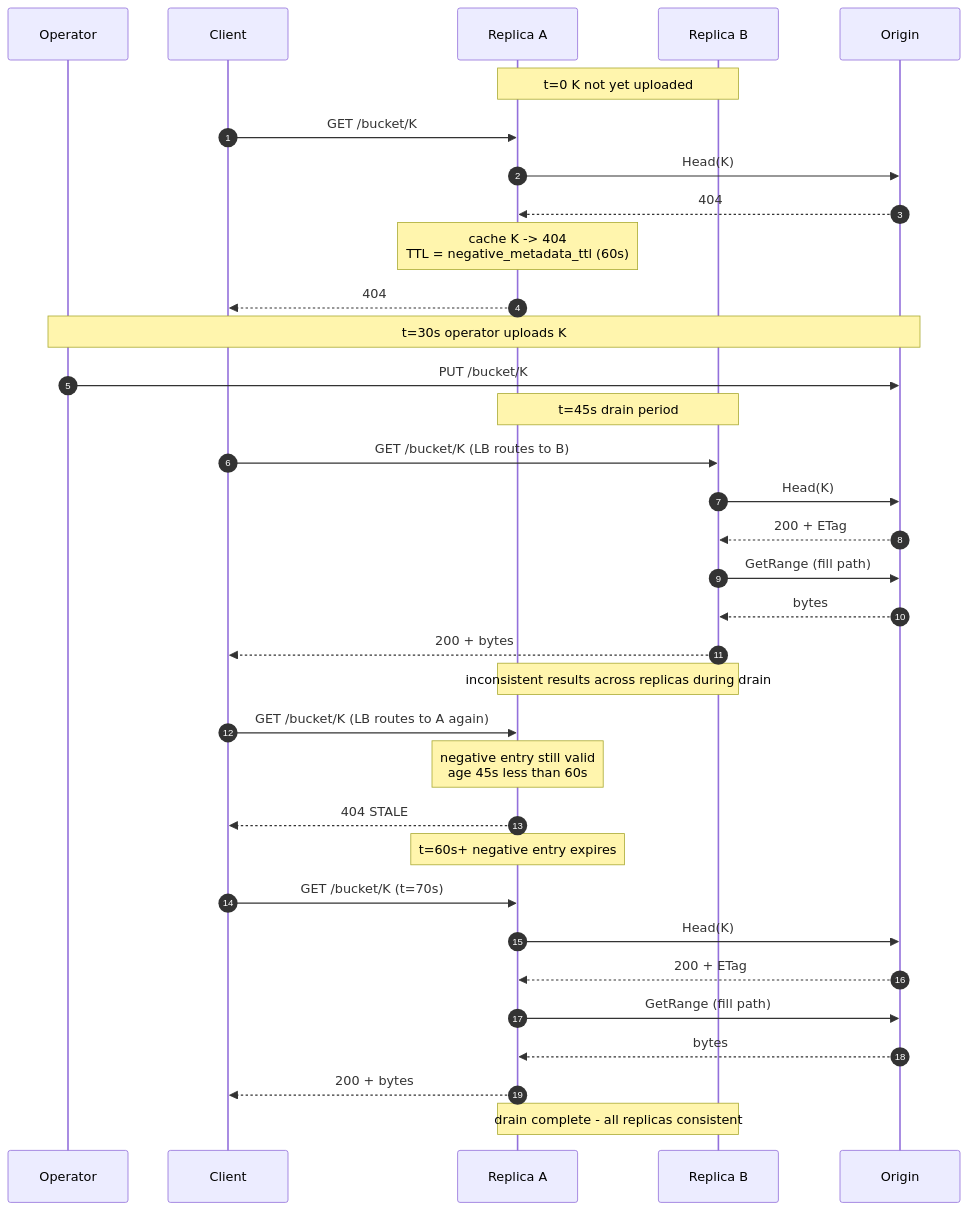
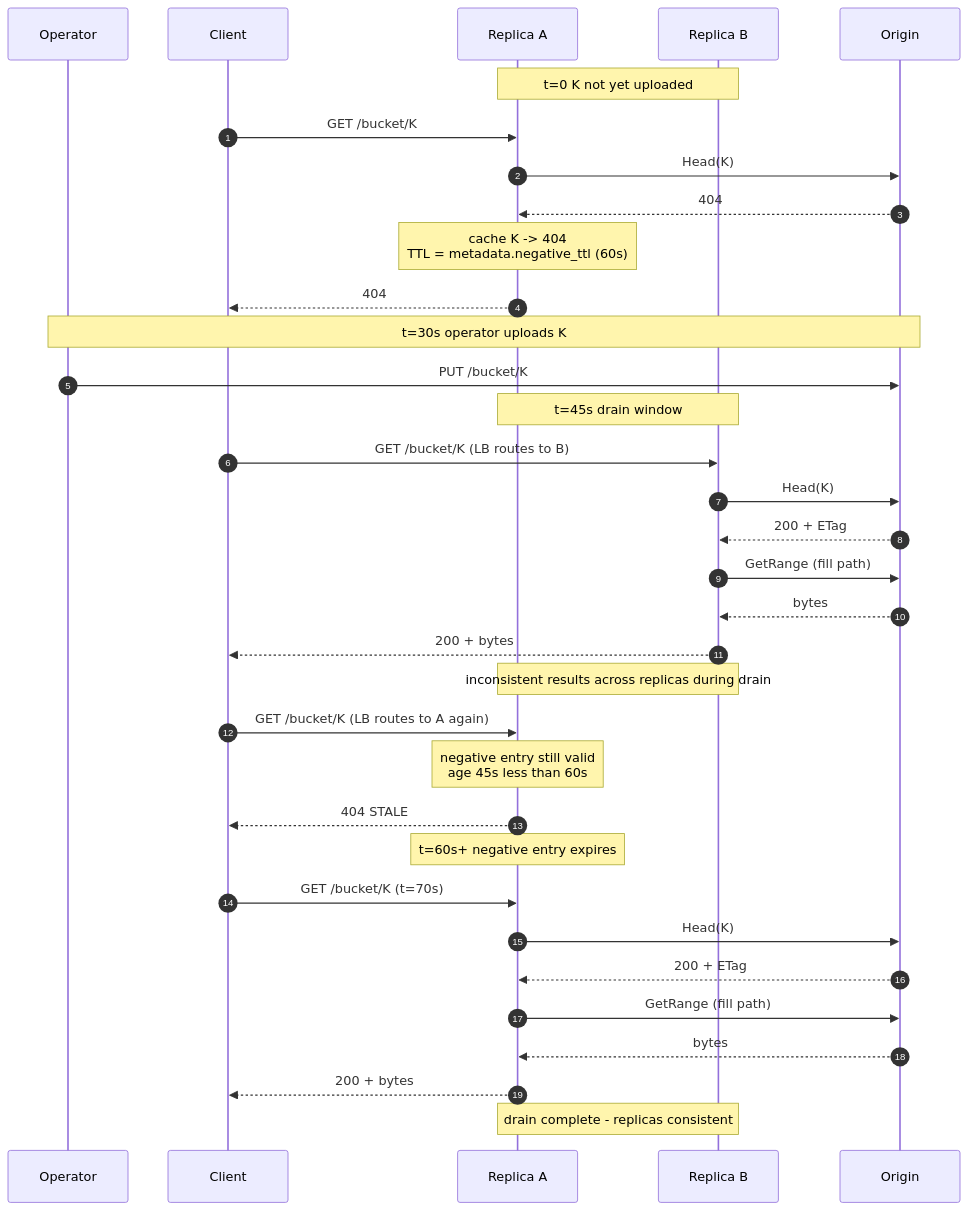
The sixth of 7 diagrams in design/orca/design.md (Azure/unbounded), drawn with Mermaid before and after one commit. The commit also changed other lines of this file and 5 other files, not shown here.

````diff
--- a/design/orca/design.md
+++ b/design/orca/design.md
@@ -2057,36 +969,36 @@
 ```mermaid
 sequenceDiagram
     autonumber
     participant Op as Operator
     participant C as Client
     participant A as Replica A
     participant B as Replica B
     participant O as Origin
     Note over A,B: t=0  K not yet uploaded
     C->>A: GET /bucket/K
     A->>O: Head(K)
     O-->>A: 404
-    Note over A: cache K -> 404<br/>TTL = negative_metadata_ttl (60s)
+    Note over A: cache K -> 404<br/>TTL = metadata.negative_ttl (60s)
     A-->>C: 404
     Note over Op,O: t=30s  operator uploads K
     Op->>O: PUT /bucket/K
-    Note over A,B: t=45s  drain period
+    Note over A,B: t=45s  drain window
     C->>B: GET /bucket/K (LB routes to B)
     B->>O: Head(K)
     O-->>B: 200 + ETag
     B->>O: GetRange (fill path)
     O-->>B: bytes
     B-->>C: 200 + bytes
     Note over A,B: inconsistent results across replicas during drain
     C->>A: GET /bucket/K (LB routes to A again)
     Note over A: negative entry still valid<br/>age 45s less than 60s
     A-->>C: 404 STALE
     Note over A: t=60s+  negative entry expires
     C->>A: GET /bucket/K (t=70s)
     A->>O: Head(K)
     O-->>A: 200 + ETag
     A->>O: GetRange (fill path)
     O-->>A: bytes
     A-->>C: 200 + bytes
-    Note over A,B: drain complete - all replicas consistent
+    Note over A,B: drain complete - replicas consistent
 ```
````
